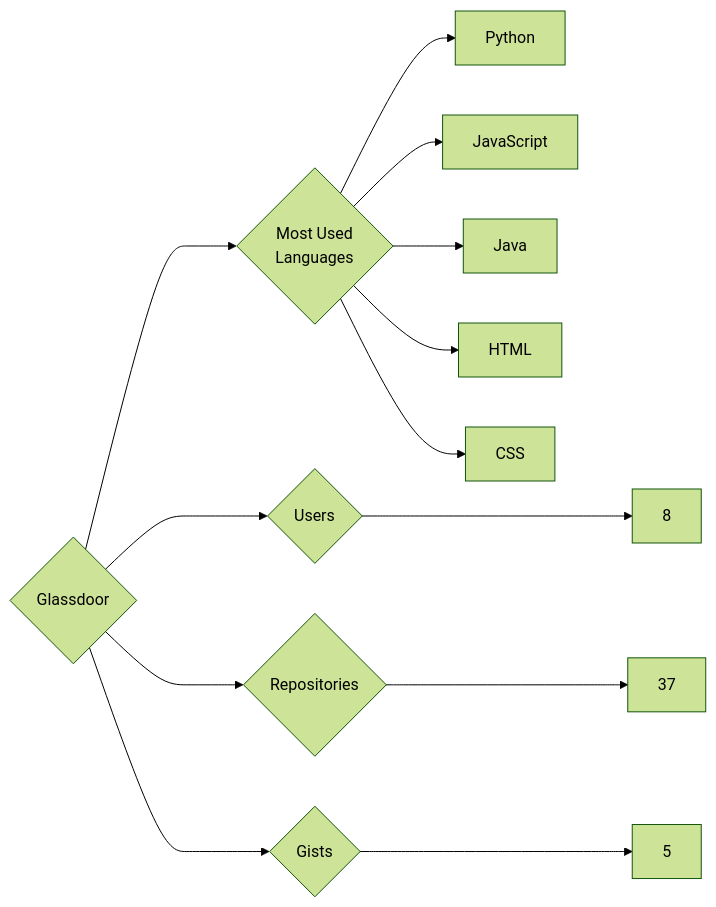
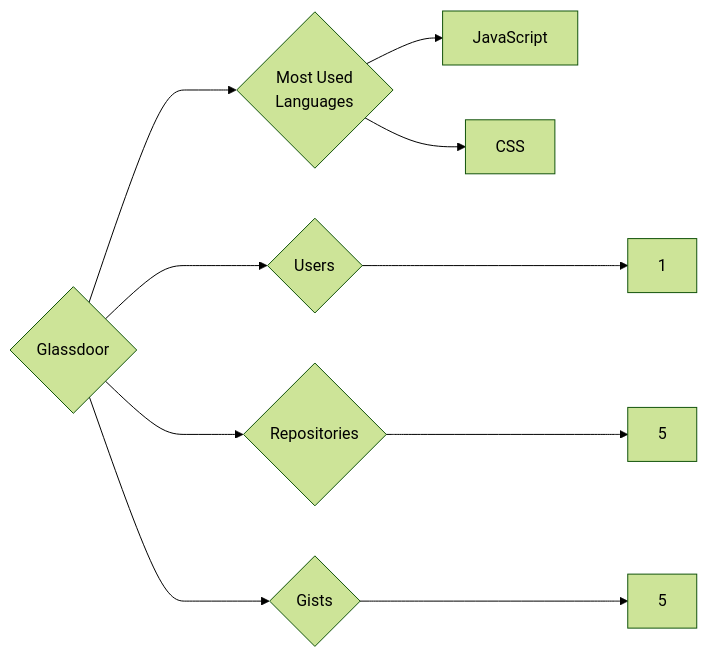
One commit to trickest/insiders changed the diagram in targets/Glassdoor/README.md. Above: the diagram before and after it, drawn with Mermaid (forest theme). The commit also changed 748 other files, not shown here.

````diff
--- a/targets/Glassdoor/README.md
+++ b/targets/Glassdoor/README.md
@@ -3,13 +3,10 @@
 ```mermaid
 graph LR
 COMPANY_NAME{Glassdoor}
-COMPANY_NAME ---> U{Users} ---> UN[8]
-COMPANY_NAME ---> R{Repositories} ---> RN[37]
+COMPANY_NAME ---> U{Users} ---> UN[1]
+COMPANY_NAME ---> R{Repositories} ---> RN[5]
 COMPANY_NAME ---> G{Gists} ---> GN[5]
 COMPANY_NAME ---> ML{Most Used<br>Languages}
-ML --> Python[Python]
 ML --> JavaScript[JavaScript]
-ML --> Java[Java]
-ML --> HTML[HTML]
 ML --> CSS[CSS]
 ```
````
